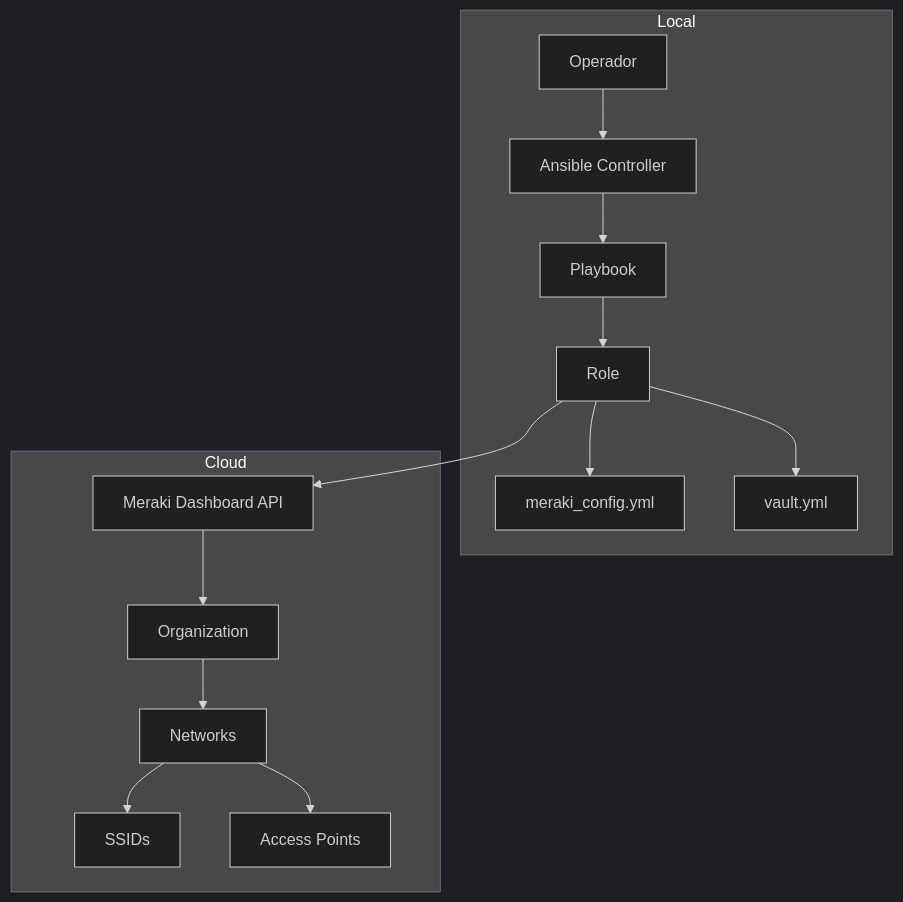
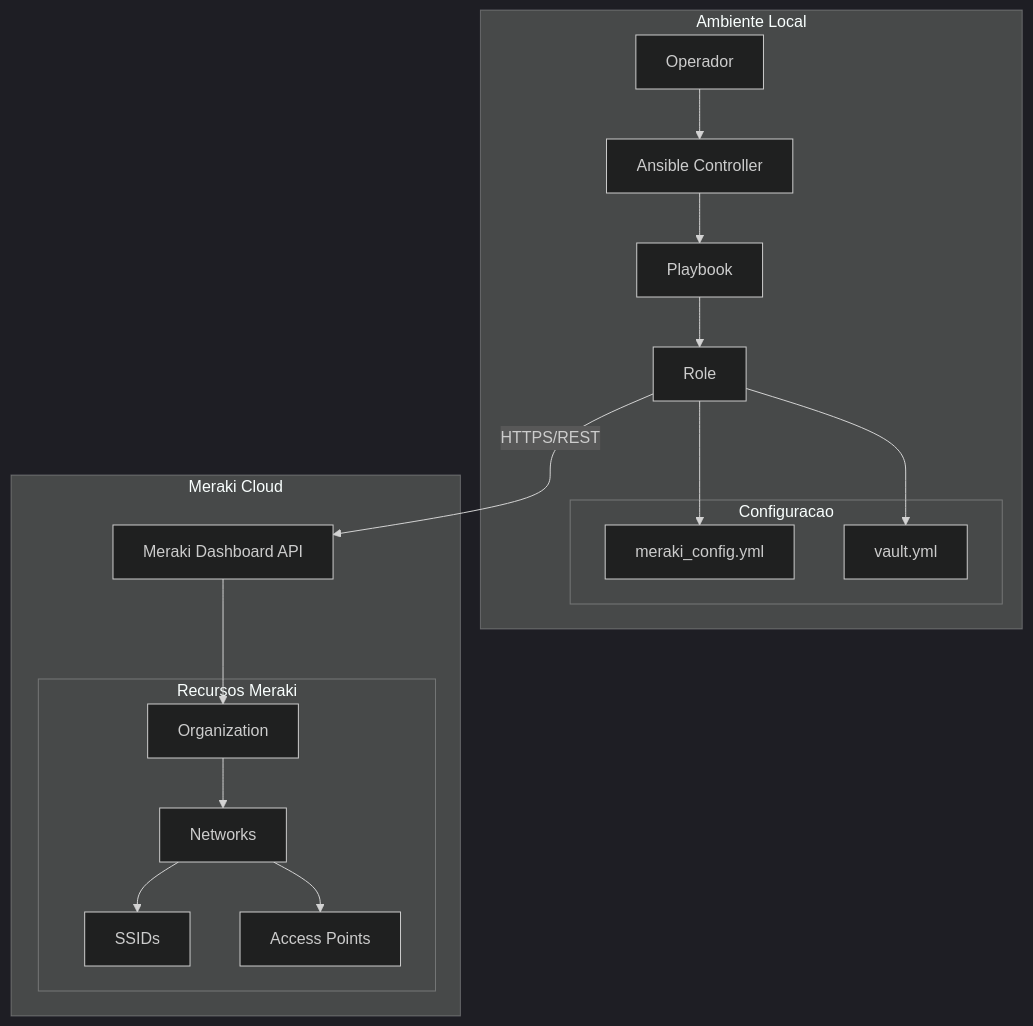
Before and after one commit to rodrigo-freitas-com/meraki-ansible: the second of 13 diagrams in docs/system-modeling.md, drawn with Mermaid (dark theme). The commit also changed other lines of this file, not shown here.

````diff
--- a/docs/system-modeling.md
+++ b/docs/system-modeling.md
@@ -82,30 +73,34 @@
 ```mermaid
 graph TB
-    subgraph Local
-        A[Operador]
-        B[Ansible Controller]
-        C[Playbook]
-        D[Role]
-        E[meraki_config.yml]
-        F[vault.yml]
+    subgraph Local[Ambiente Local]
+        A[Operador] --> B[Ansible Controller]
+        B --> C[Playbook]
+        C --> D[Role]
+
+        subgraph Config[Configuracao]
+            E[meraki_config.yml]
+            F[vault.yml]
+        end
+
+        D --> E
+        D --> F
     end
 
-    subgraph Cloud
+    subgraph Cloud[Meraki Cloud]
         G[Meraki Dashboard API]
-        H[Organization]
-        I[Networks]
-        J[SSIDs]
-        K[Access Points]
+
+        subgraph Resources[Recursos Meraki]
+            H[Organization]
+            I[Networks]
+            J[SSIDs]
+            K[Access Points]
+        end
+
+        G --> H
+        H --> I
+        I --> J
+        I --> K
     end
 
-    A --> B
-    B --> C
-    C --> D
-    D --> E
-    D --> F
-    D --> G
-    G --> H
-    H --> I
-    I --> J
-    I --> K
+    D -->|HTTPS/REST| G
 ```
````
